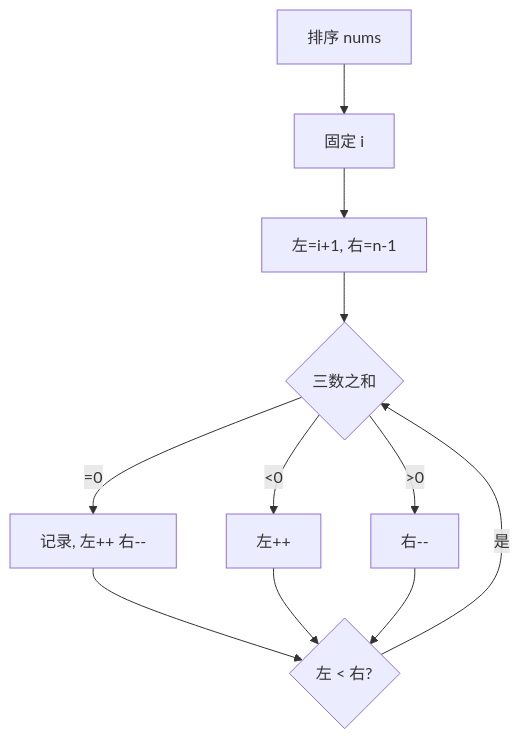
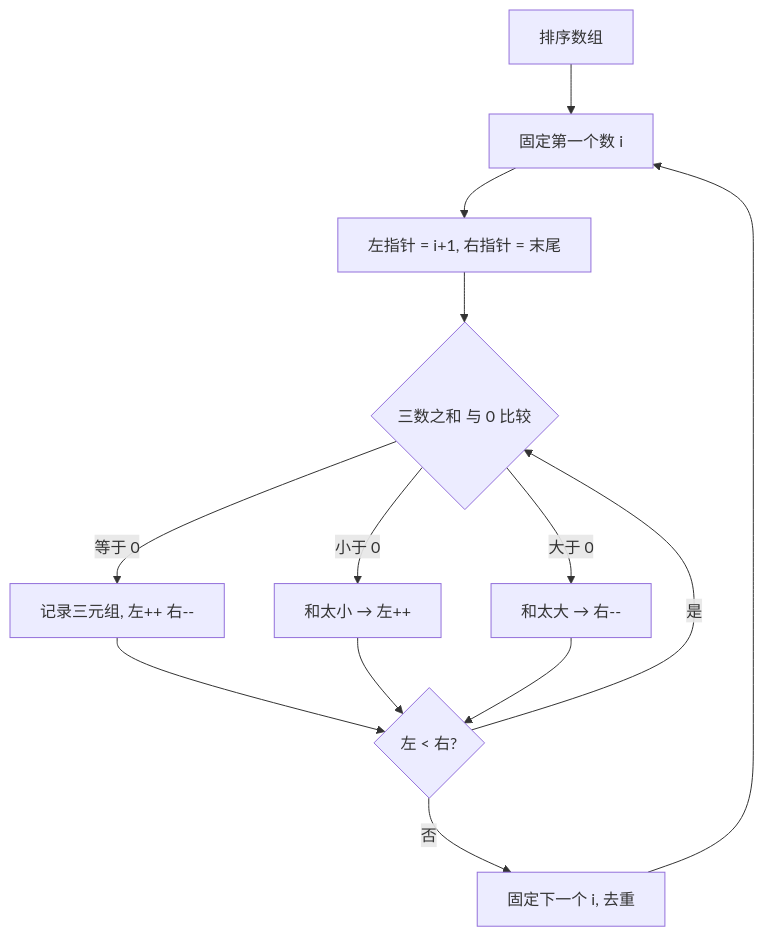
Before and after one commit to OctalZero/hot100-py: the first of 2 diagrams in 02-双指针/0015-三数之和.md, drawn with Mermaid. The commit also changed other lines of this file and 117 other files, not shown here.

First line of the commit message:
feat: 全题解配图升级为「动画式 mermaid」（总览骨架 + 横向时间线逐步推演）

````diff
--- a/02-双指针/0015-三数之和.md
+++ b/02-双指针/0015-三数之和.md
@@ -26,13 +26,15 @@
 ```mermaid
 flowchart TD
-    A["排序 nums"] --> B["固定 i"]
-    B --> C["左=i+1, 右=n-1"]
-    C --> D{"三数之和"}
-    D -- "=0" --> E["记录, 左++ 右--"]
-    D -- "<0" --> F["左++"]
-    D -- ">0" --> G["右--"]
+    A["排序数组"] --> B["固定第一个数 i"]
+    B --> C["左指针 = i+1, 右指针 = 末尾"]
+    C --> D{"三数之和 与 0 比较"}
+    D -->|"等于 0"| E["记录三元组, 左++ 右--"]
+    D -->|"小于 0"| F["和太小 → 左++"]
+    D -->|"大于 0"| G["和太大 → 右--"]
     E --> H{"左 < 右?"}
     F --> H
     G --> H
-    H -- "是" --> D
+    H -->|"是"| D
+    H -->|"否"| I["固定下一个 i, 去重"]
+    I --> B
 ```
````
